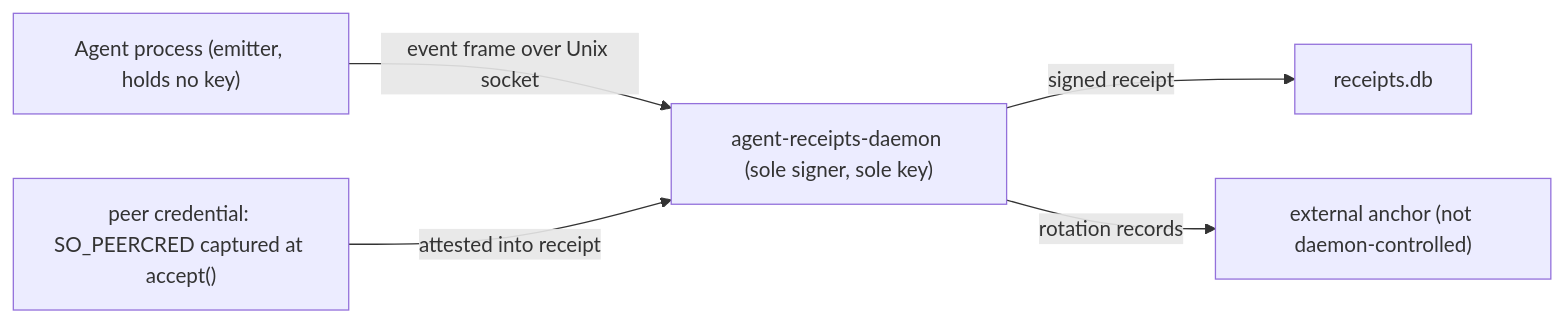
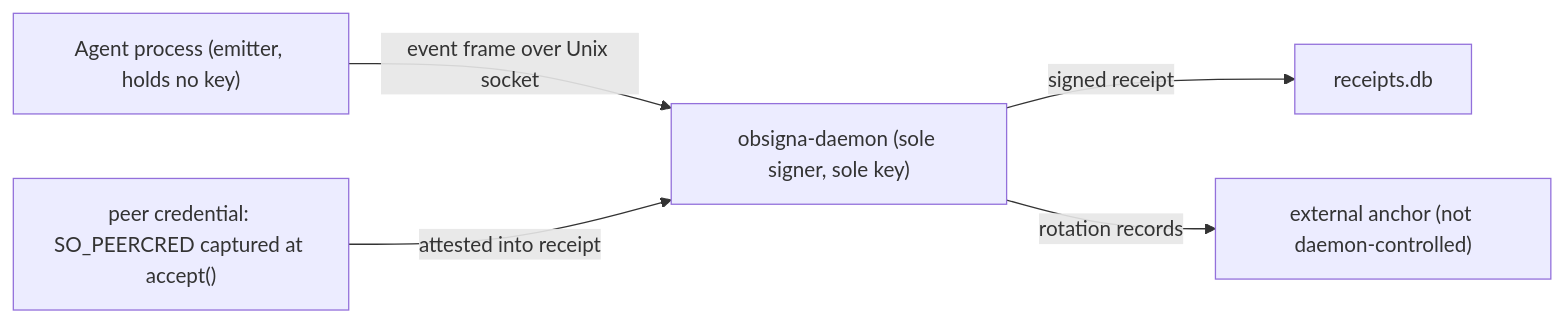
One commit to agent-receipts/ar changed the diagram in site/src/content/docs/specification/trust-model.mdx. Above: the diagram before and after it, drawn with Mermaid. The commit also changed other lines of this file and 41 other files, not shown here.

````diff
--- a/site/src/content/docs/specification/trust-model.mdx
+++ b/site/src/content/docs/specification/trust-model.mdx
@@ -68,7 +68,7 @@
 ```mermaid
 flowchart LR
-  A["Agent process (emitter, holds no key)"] -->|event frame over Unix socket| D["agent-receipts-daemon (sole signer, sole key)"]
+  A["Agent process (emitter, holds no key)"] -->|event frame over Unix socket| D["obsigna-daemon (sole signer, sole key)"]
   P["peer credential: SO_PEERCRED captured at accept()"] -->|attested into receipt| D
   D -->|signed receipt| S["receipts.db"]
   D -->|rotation records| K["external anchor (not daemon-controlled)"]
 ```
````
